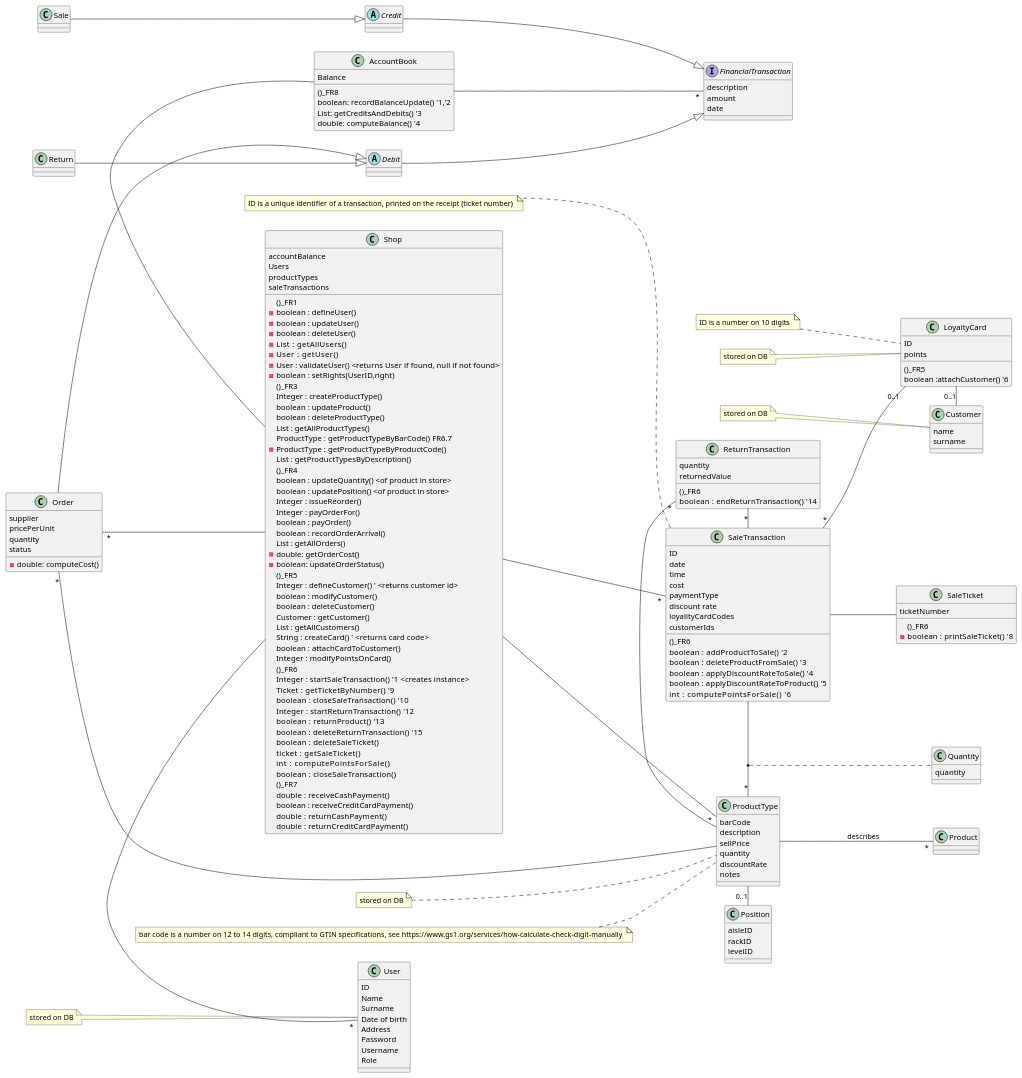
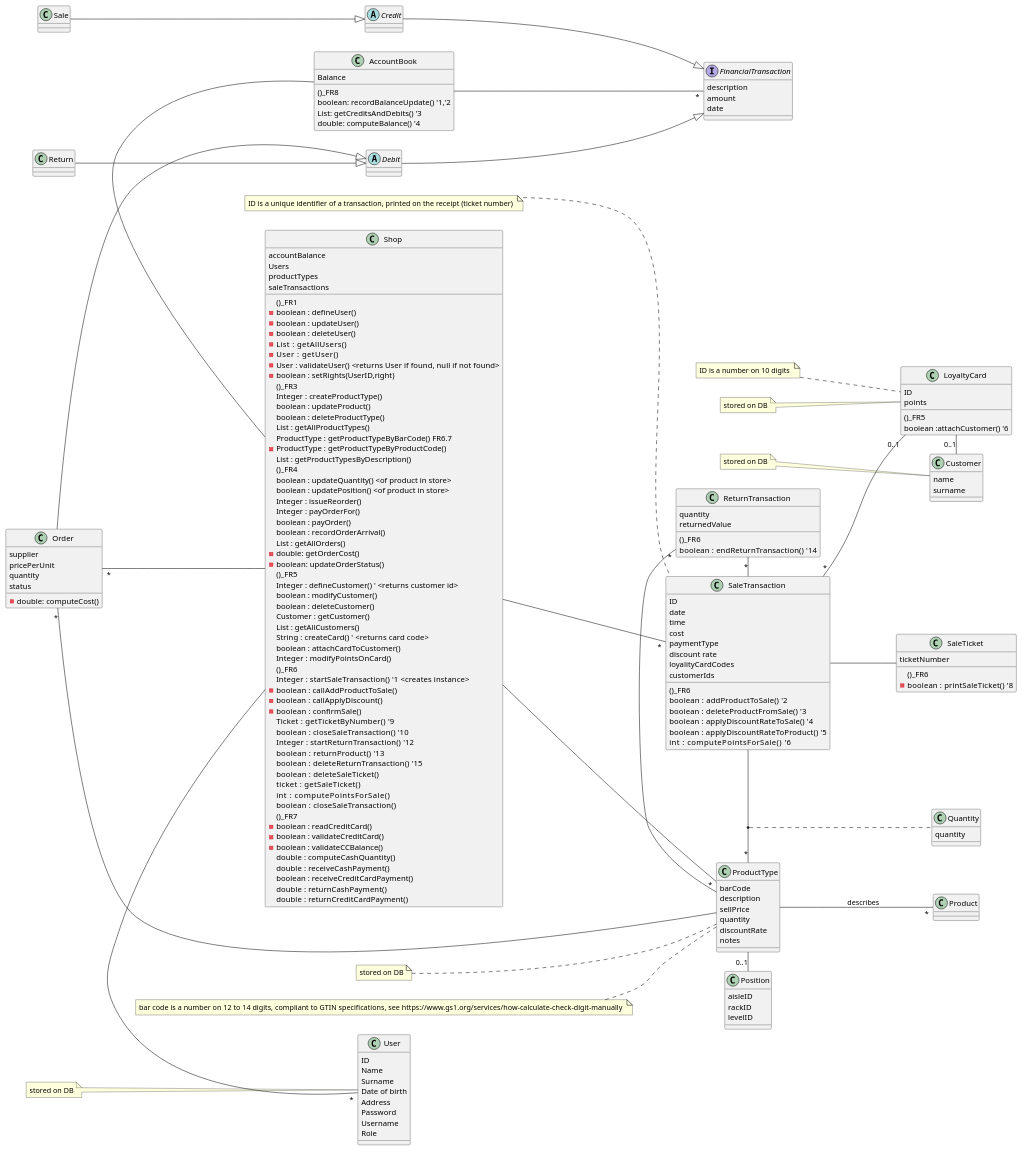
Before and after one commit to zitabou/EZShop: the second of 31 diagrams in Deliverables/DesignDocument.md, drawn with PlantUML. The commit also changed other lines of this file, not shown here.

Commit message:
Adding missing functions for seq diagrams 6.x 7.x

```diff
--- a/Deliverables/DesignDocument.md
+++ b/Deliverables/DesignDocument.md
@@ -92,6 +92,9 @@
     Integer  : modifyPointsOnCard()
     ()_FR6
     Integer   : startSaleTransaction() '1 <creates instance>
+    -boolean  : callAddProductToSale()
+    -boolean  : callApplyDiscount()
+    -boolean  : confirmSale()
     Ticket    : getTicketByNumber() '9
     boolean   : closeSaleTransaction() '10
     Integer   : startReturnTransaction() '12
@@ -102,6 +105,10 @@
     int       : computePointsForSale()
     boolean   : closeSaleTransaction()
     ()_FR7
+    -boolean : readCreditCard()
+    -boolean : validateCreditCard()
+    -boolean : validateCCBalance()
+    double  : computeCashQuantity()
     double  : receiveCashPayment()
     boolean : receiveCreditCardPayment()
     double  : returnCashPayment()
```
